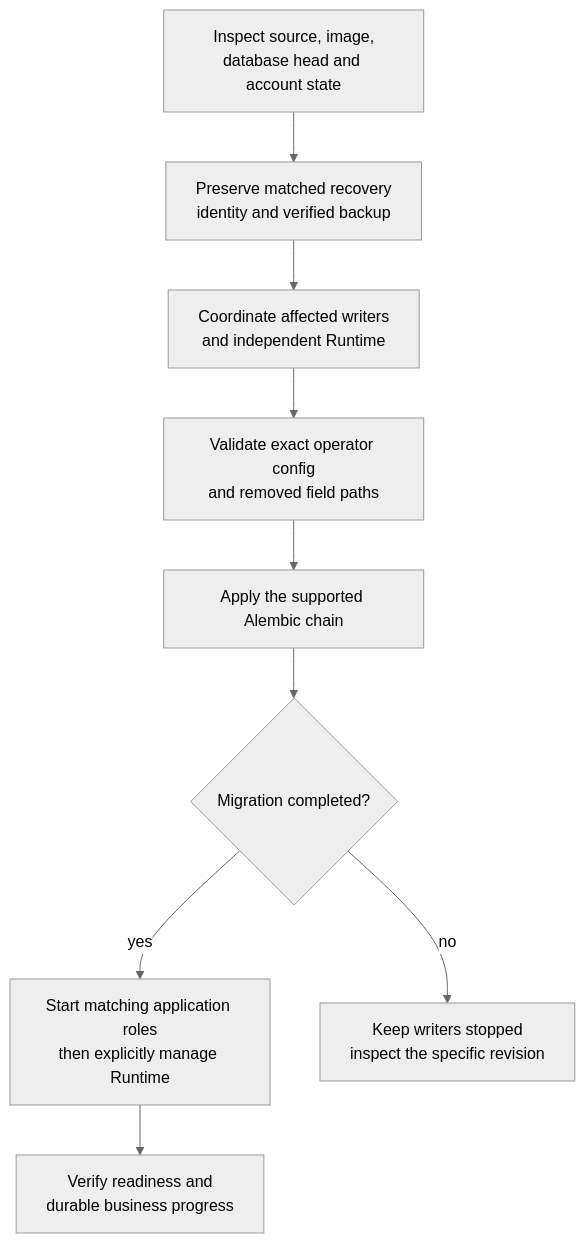
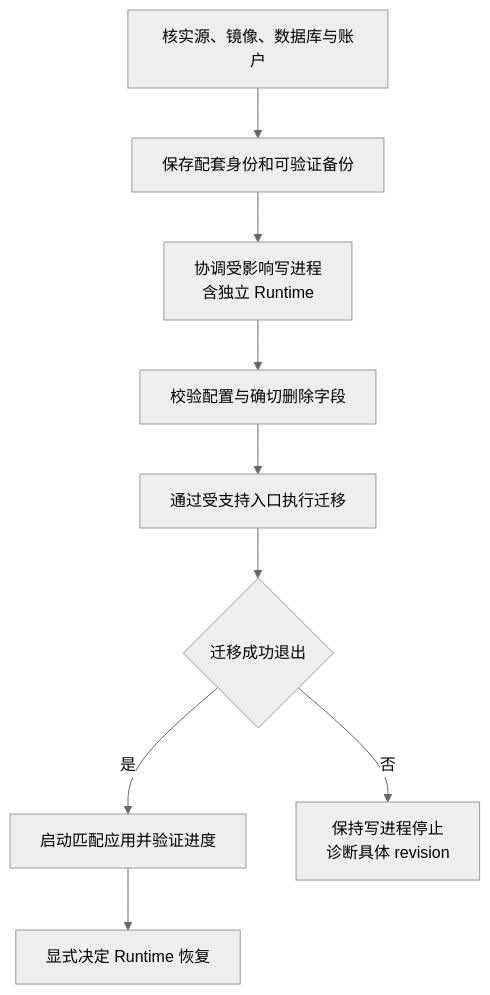
One commit to AnalyThothAI/tracefold changed the diagram in docs/MIGRATIONS.md. Above: the diagram before and after it, drawn with Mermaid (neutral theme). The commit also changed other lines of this file and 28 other files, not shown here.

Commit message:
docs: rebuild the Chinese architecture and module handbook

````diff
--- a/docs/MIGRATIONS.md
+++ b/docs/MIGRATIONS.md
@@ -32,11 +25,11 @@
 ```mermaid
-flowchart TB
-    Inspect["Inspect source, image,<br/>database head and account state"] --> Backup["Preserve matched recovery<br/>identity and verified backup"]
-    Backup --> Stop["Coordinate affected writers<br/>and independent Runtime"]
-    Stop --> Config["Validate exact operator config<br/>and removed field paths"]
-    Config --> Migrate["Apply the supported Alembic chain"]
-    Migrate --> Result{"Migration completed?"}
-    Result -->|"yes"| Start["Start matching application roles<br/>then explicitly manage Runtime"]
-    Result -->|"no"| Diagnose["Keep writers stopped<br/>inspect the specific revision"]
-    Start --> Check["Verify readiness and<br/>durable business progress"]
+flowchart TD
+    Inspect["核实源、镜像、数据库与账户"] --> Backup["保存配套身份和可验证备份"]
+    Backup --> Writers["协调受影响写进程<br/>含独立 Runtime"]
+    Writers --> Config["校验配置与确切删除字段"]
+    Config --> Migrate["通过受支持入口执行迁移"]
+    Migrate --> Success{"迁移成功退出"}
+    Success -->|"是"| Start["启动匹配应用并验证进度"]
+    Success -->|"否"| Diagnose["保持写进程停止<br/>诊断具体 revision"]
+    Start --> Runtime["显式决定 Runtime 恢复"]
 ```
````
